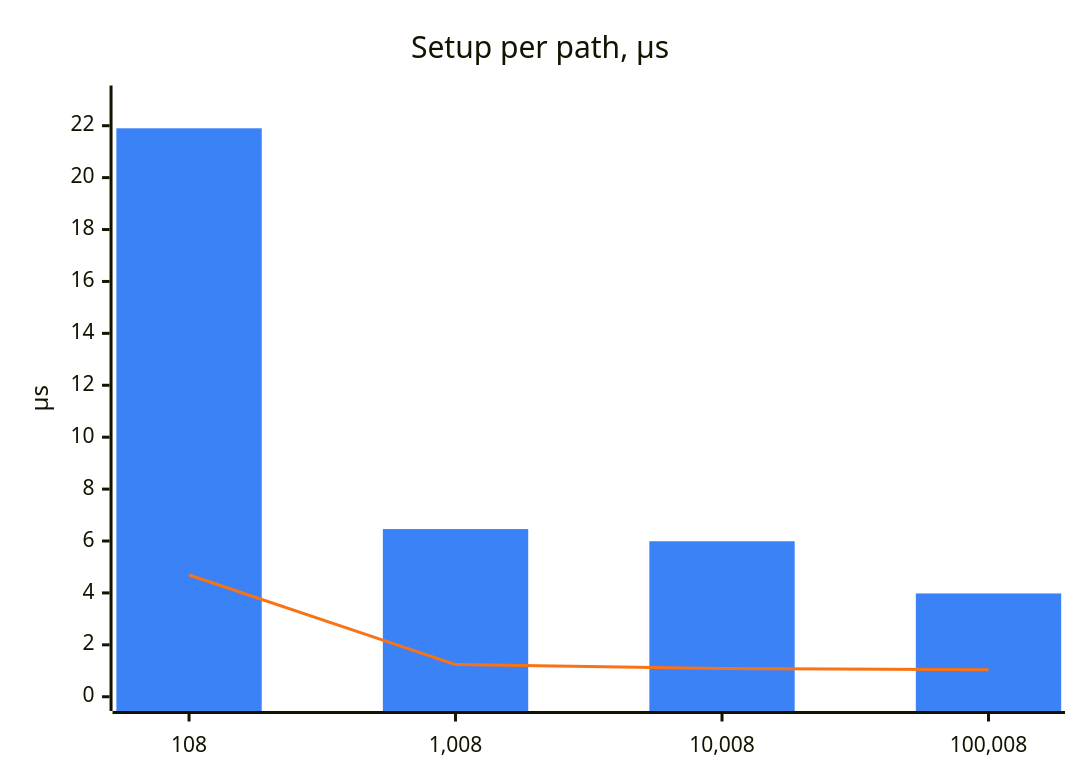
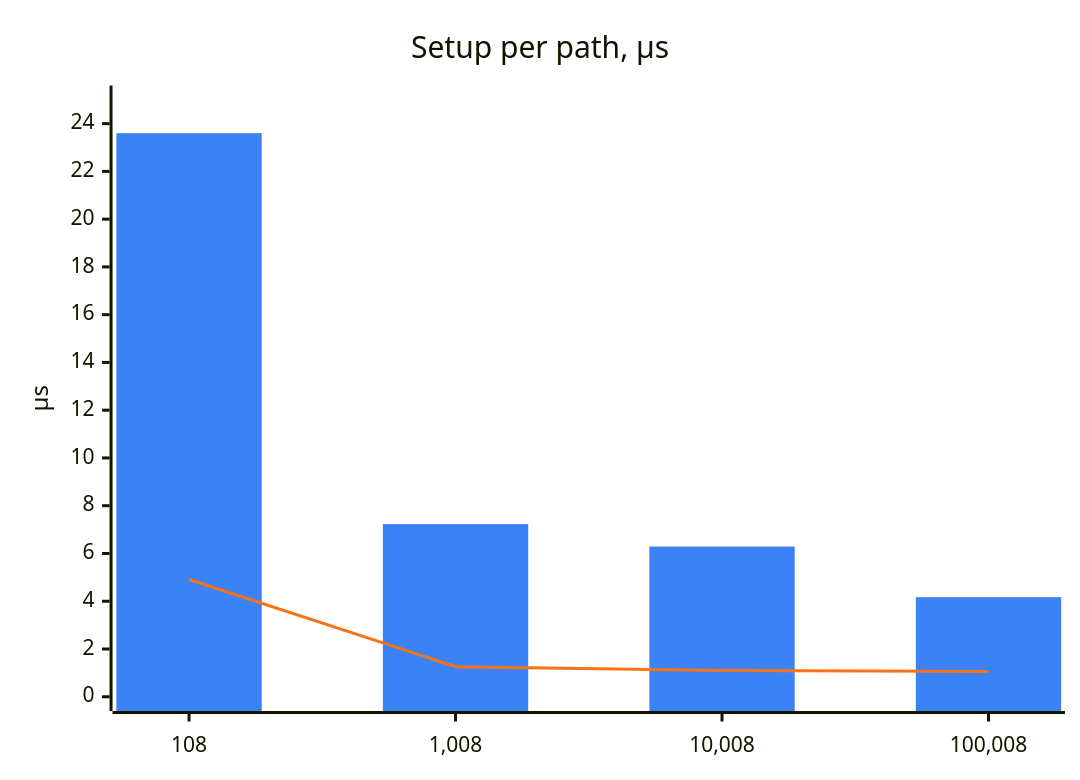
One commit to DyHex/POMWright changed the third of 4 diagrams in website/src/content/docs/internal/performance.md. Above: the diagram before and after it, drawn with Mermaid. The commit also changed other lines of this file, not shown here.

````diff
--- a/website/src/content/docs/internal/performance.md
+++ b/website/src/content/docs/internal/performance.md
@@ -108,9 +108,9 @@
 ```mermaid
 %%{init: {"themeVariables": {"xyChart": {"plotColorPalette": "#3b82f6, #f97316"}}}}%%
 xychart-beta
   title "Setup per path, µs"
   x-axis ["108", "1,008", "10,008", "100,008"]
-  y-axis "µs" 0 --> 23
-  bar [21.9, 6.46, 5.99, 3.98]
-  line [4.69, 1.24, 1.09, 1.04]
+  y-axis "µs" 0 --> 25
+  bar [23.6, 7.23, 6.29, 4.17]
+  line [4.91, 1.26, 1.1, 1.06]
 ```
````
